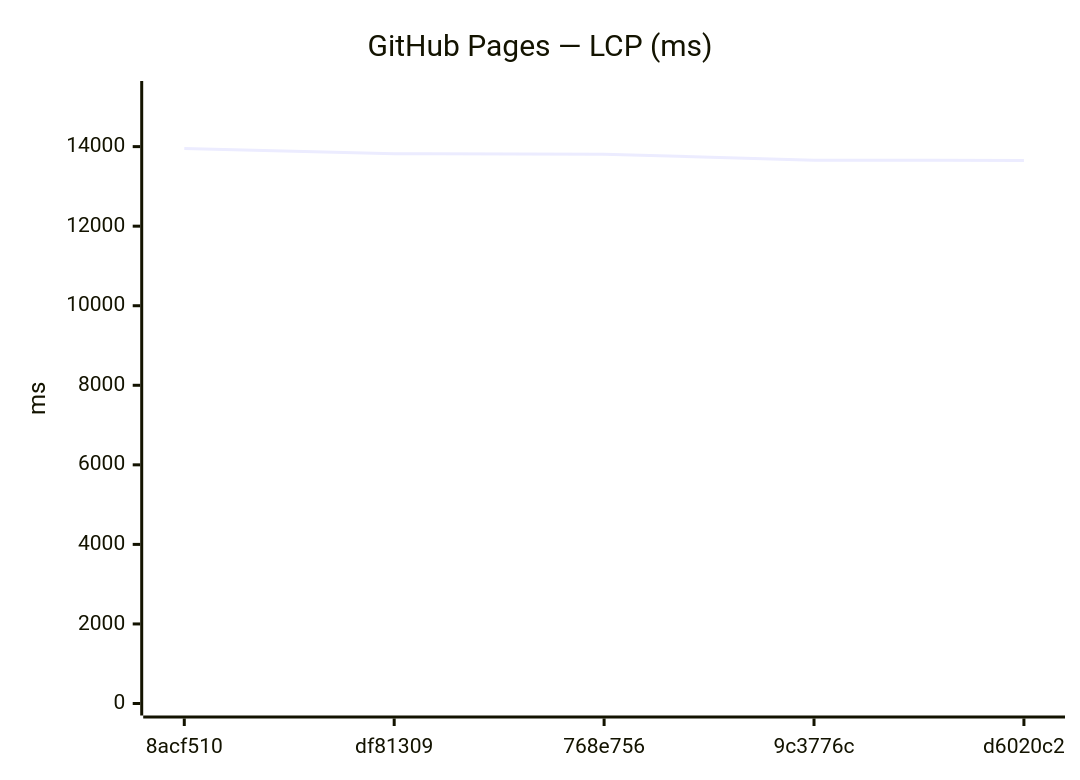
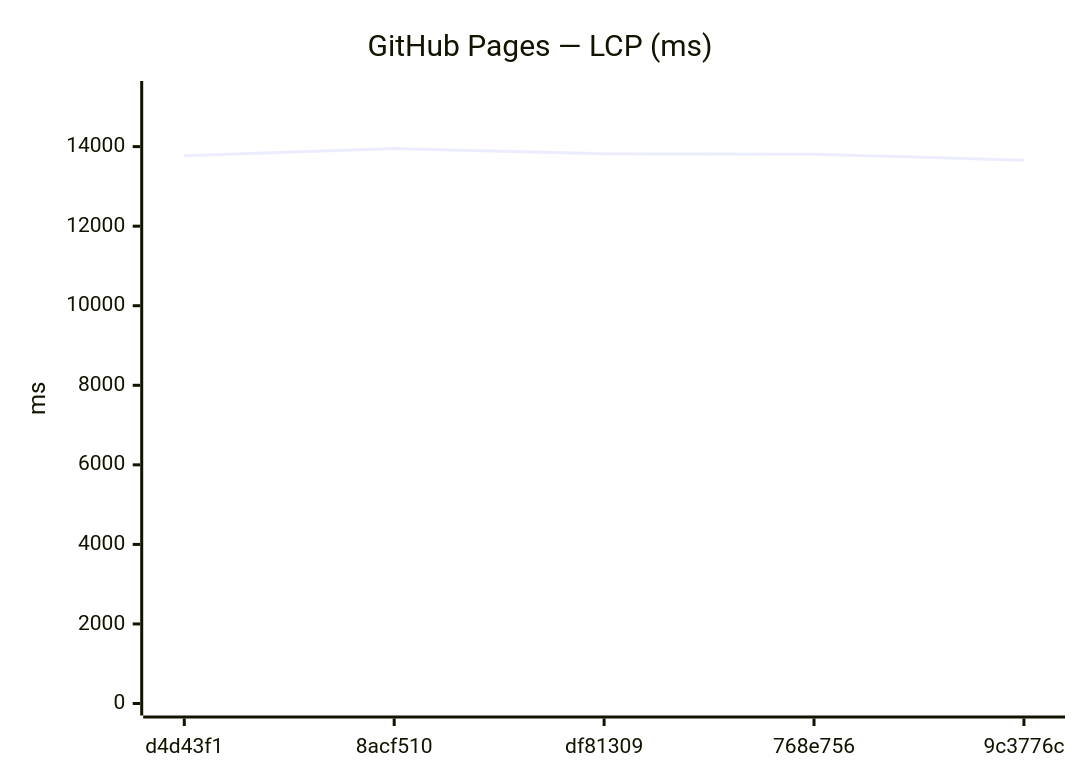
One commit to Metaheurist/Rianell changed the ninth of 18 diagrams in benchmarks/compare.md. Above: the diagram before and after it, drawn with Mermaid. The commit also changed other lines of this file and 11 other files, not shown here.

````diff
--- a/benchmarks/compare.md
+++ b/benchmarks/compare.md
@@ -142,7 +142,7 @@
 ```mermaid
 xychart-beta
     title "GitHub Pages — LCP (ms)"
-    x-axis ["8acf510", "df81309", "768e756", "9c3776c", "d6020c2"]
+    x-axis ["d4d43f1", "8acf510", "df81309", "768e756", "9c3776c"]
     y-axis "ms" 0 --> 15348
-    line [13952, 13820, 13811, 13660, 13653]
+    line [13769, 13952, 13820, 13811, 13660]
 ```
````
